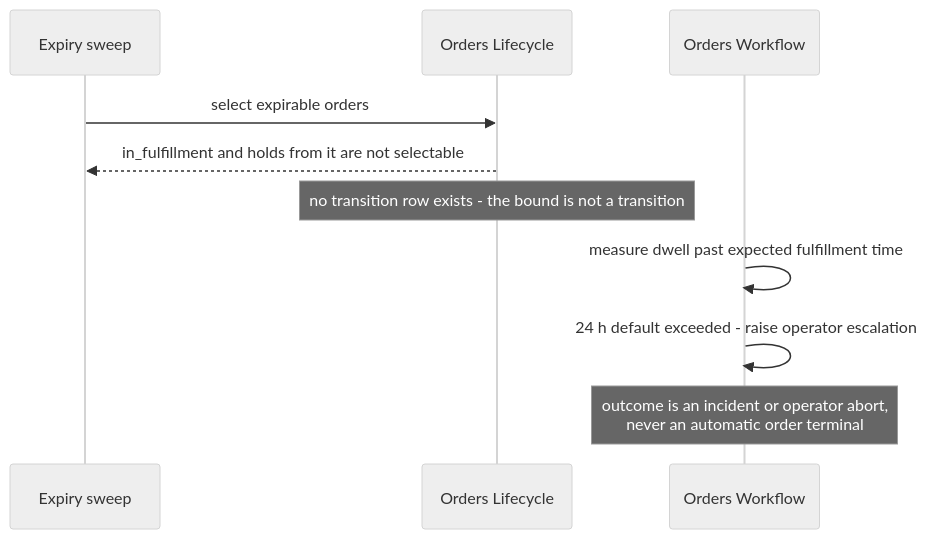
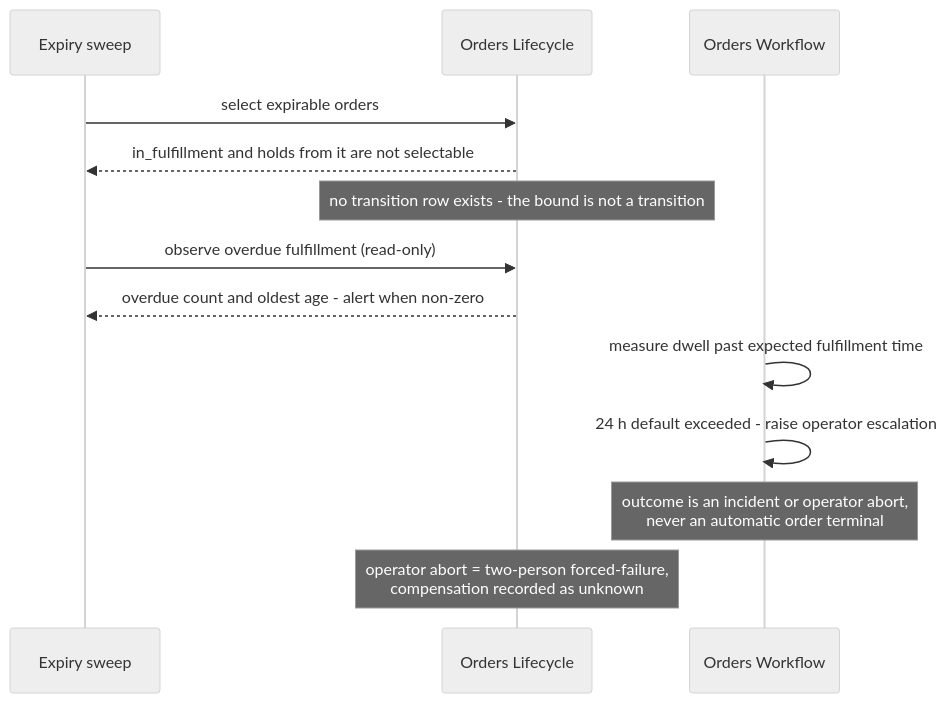
The first of 2 diagrams in gears/bss/orders-lifecycle/docs/features/07-hold-and-expiry.md (AndIConstructor/gears-rust), drawn with Mermaid (neutral theme) before and after one commit. The commit also changed other lines of this file and 11 other files, not shown here.

````diff
--- a/gears/bss/orders-lifecycle/docs/features/07-hold-and-expiry.md
+++ b/gears/bss/orders-lifecycle/docs/features/07-hold-and-expiry.md
@@ -334,12 +354,15 @@
 ```mermaid
 sequenceDiagram
     participant S as Expiry sweep
     participant L as Orders Lifecycle
     participant W as Orders Workflow
     S ->> L: select expirable orders
     L -->> S: in_fulfillment and holds from it are not selectable
     Note over L: no transition row exists - the bound is not a transition
+    S ->> L: observe overdue fulfillment (read-only)
+    L -->> S: overdue count and oldest age - alert when non-zero
     W ->> W: measure dwell past expected fulfillment time
     W ->> W: 24 h default exceeded - raise operator escalation
     Note over W: outcome is an incident or operator abort,<br/>never an automatic order terminal
+    Note over L: operator abort = two-person forced-failure,<br/>compensation recorded as unknown
 ```
````
